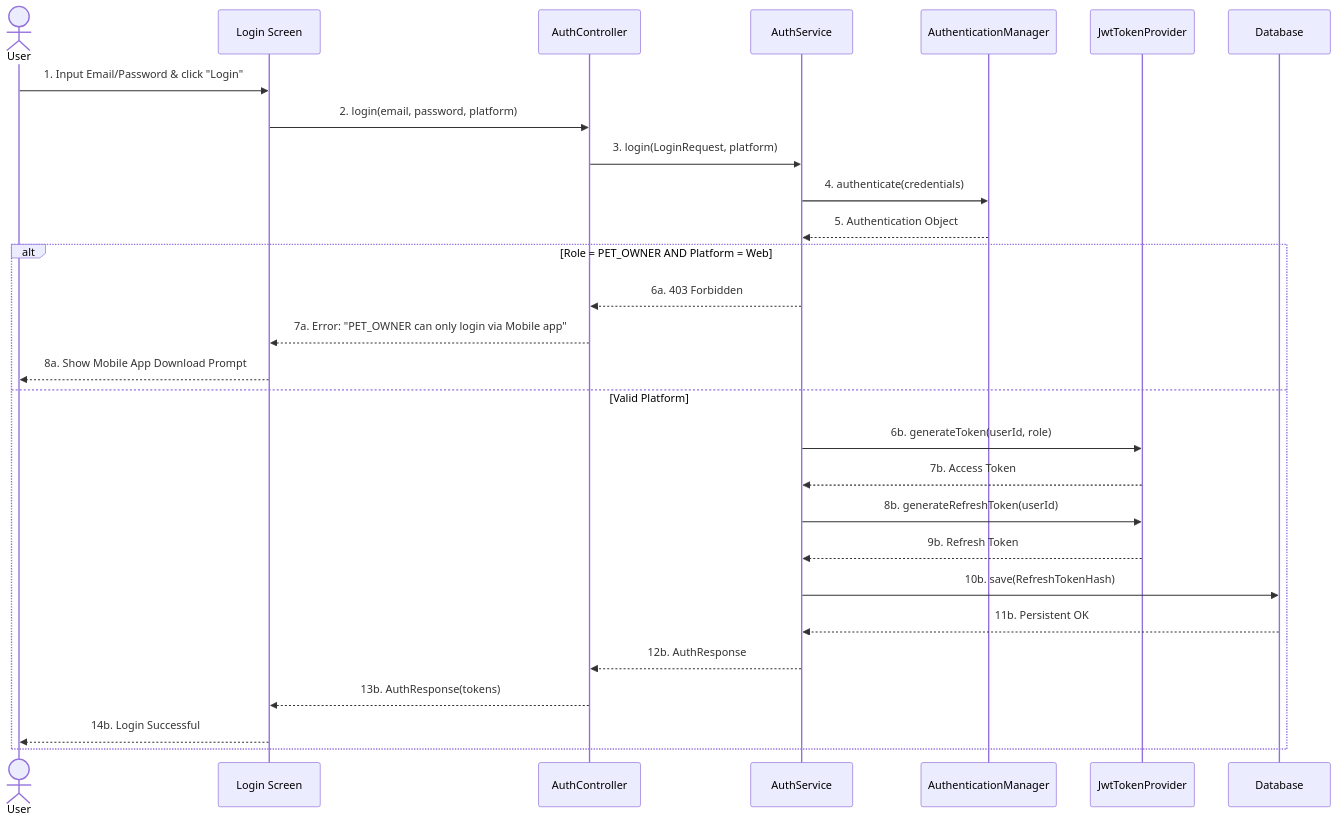
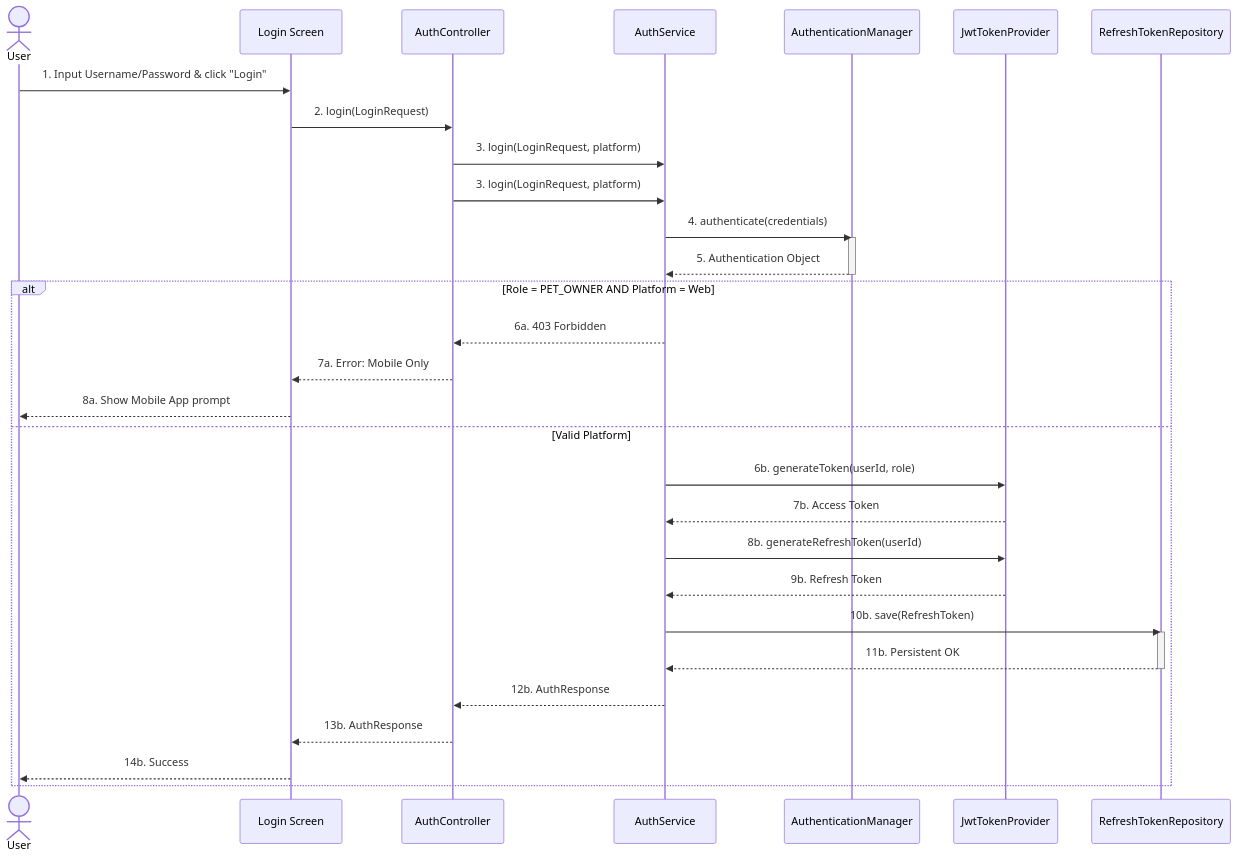
Before and after one commit to espresso23/Petties-Veterinary-Appointment-Booking-Platform: the eighth of 40 diagrams in docs-references/documentation/SDD/REPORT_4_SDD_SYSTEM_DESIGN.md, drawn with Mermaid. The commit also changed other lines of this file and 132 other files, not shown here.

````diff
--- a/docs-references/documentation/SDD/REPORT_4_SDD_SYSTEM_DESIGN.md
+++ b/docs-references/documentation/SDD/REPORT_4_SDD_SYSTEM_DESIGN.md
@@ -892,32 +952,37 @@
 ```mermaid
 sequenceDiagram
     actor User as User
     participant UI as Login Screen
     participant AC as AuthController
     participant AS as AuthService
     participant AM as AuthenticationManager
     participant JTP as JwtTokenProvider
-    participant DB as Database
+    participant RTR as RefreshTokenRepository
 
-    User->>UI: 1. Input Email/Password & click "Login"
-    UI->>AC: 2. login(email, password, platform)
+    User->>UI: 1. Input Username/Password & click "Login"
+    UI->>AC: 2. login(LoginRequest)
+    AC->>AS: 3. login(LoginRequest, platform)
     AC->>AS: 3. login(LoginRequest, platform)
     AS->>AM: 4. authenticate(credentials)
+    activate AM
     AM-->>AS: 5. Authentication Object
+    deactivate AM
     
     alt Role = PET_OWNER AND Platform = Web
         AS-->>AC: 6a. 403 Forbidden
-        AC-->>UI: 7a. Error: "PET_OWNER can only login via Mobile app"
-        UI-->>User: 8a. Show Mobile App Download Prompt
+        AC-->>UI: 7a. Error: Mobile Only
+        UI-->>User: 8a. Show Mobile App prompt
     else Valid Platform
         AS->>JTP: 6b. generateToken(userId, role)
         JTP-->>AS: 7b. Access Token
         AS->>JTP: 8b. generateRefreshToken(userId)
         JTP-->>AS: 9b. Refresh Token
-        AS->>DB: 10b. save(RefreshTokenHash)
-        DB-->>AS: 11b. Persistent OK
+        AS->>RTR: 10b. save(RefreshToken)
+        activate RTR
+        RTR-->>AS: 11b. Persistent OK
+        deactivate RTR
         AS-->>AC: 12b. AuthResponse
-        AC-->>UI: 13b. AuthResponse(tokens)
-        UI-->>User: 14b. Login Successful
+        AC-->>UI: 13b. AuthResponse
+        UI-->>User: 14b. Success
     end
 ```
````
